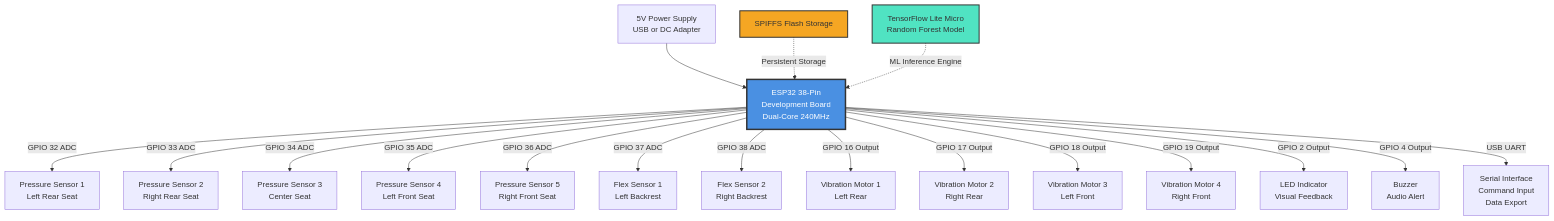
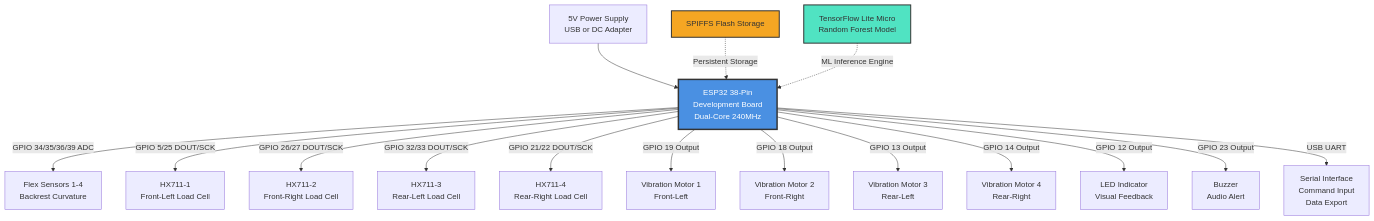
The first of 2 diagrams in README.md (qppd/smart-chair), drawn with Mermaid before and after one commit. The commit also changed other lines of this file and 1 other file, not shown here.

Commit message:
Add 4x HX711 load cells for pressure measurement (Pa) and update README

````diff
--- a/README.md
+++ b/README.md
@@ -241,30 +256,28 @@
 ```mermaid
 graph TD
     A[5V Power Supply<br/>USB or DC Adapter] --> B[ESP32 38-Pin<br/>Development Board<br/>Dual-Core 240MHz]
     
-    B -->|GPIO 32 ADC| C1[Pressure Sensor 1<br/>Left Rear Seat]
-    B -->|GPIO 33 ADC| C2[Pressure Sensor 2<br/>Right Rear Seat]
-    B -->|GPIO 34 ADC| C3[Pressure Sensor 3<br/>Center Seat]
-    B -->|GPIO 35 ADC| C4[Pressure Sensor 4<br/>Left Front Seat]
-    B -->|GPIO 36 ADC| C5[Pressure Sensor 5<br/>Right Front Seat]
-    
-    B -->|GPIO 37 ADC| D1[Flex Sensor 1<br/>Left Backrest]
-    B -->|GPIO 38 ADC| D2[Flex Sensor 2<br/>Right Backrest]
-    
-    B -->|GPIO 16 Output| E1[Vibration Motor 1<br/>Left Rear]
-    B -->|GPIO 17 Output| E2[Vibration Motor 2<br/>Right Rear]
-    B -->|GPIO 18 Output| E3[Vibration Motor 3<br/>Left Front]
-    B -->|GPIO 19 Output| E4[Vibration Motor 4<br/>Right Front]
-    
-    B -->|GPIO 2 Output| F[LED Indicator<br/>Visual Feedback]
-    B -->|GPIO 4 Output| G[Buzzer<br/>Audio Alert]
+    B -->|GPIO 34/35/36/39 ADC| D1[Flex Sensors 1-4<br/>Backrest Curvature]
+
+    B -->|GPIO 5/25 DOUT/SCK| H1[HX711-1<br/>Front-Left Load Cell]
+    B -->|GPIO 26/27 DOUT/SCK| H2[HX711-2<br/>Front-Right Load Cell]
+    B -->|GPIO 32/33 DOUT/SCK| H3[HX711-3<br/>Rear-Left Load Cell]
+    B -->|GPIO 21/22 DOUT/SCK| H4[HX711-4<br/>Rear-Right Load Cell]
+
+    B -->|GPIO 19 Output| E1[Vibration Motor 1<br/>Front-Left]
+    B -->|GPIO 18 Output| E2[Vibration Motor 2<br/>Front-Right]
+    B -->|GPIO 13 Output| E3[Vibration Motor 3<br/>Rear-Left]
+    B -->|GPIO 14 Output| E4[Vibration Motor 4<br/>Rear-Right]
+
+    B -->|GPIO 12 Output| F[LED Indicator<br/>Visual Feedback]
+    B -->|GPIO 23 Output| G[Buzzer<br/>Audio Alert]
     
     B -->|USB UART| H[Serial Interface<br/>Command Input<br/>Data Export]
     
     I[SPIFFS Flash Storage] -.->|Persistent Storage| B
     J[TensorFlow Lite Micro<br/>Random Forest Model] -.->|ML Inference Engine| B
     
     style B fill:#4A90E2,stroke:#333,stroke-width:3px,color:#fff
     style J fill:#50E3C2,stroke:#333,stroke-width:2px
     style I fill:#F5A623,stroke:#333,stroke-width:2px
 ```
````
